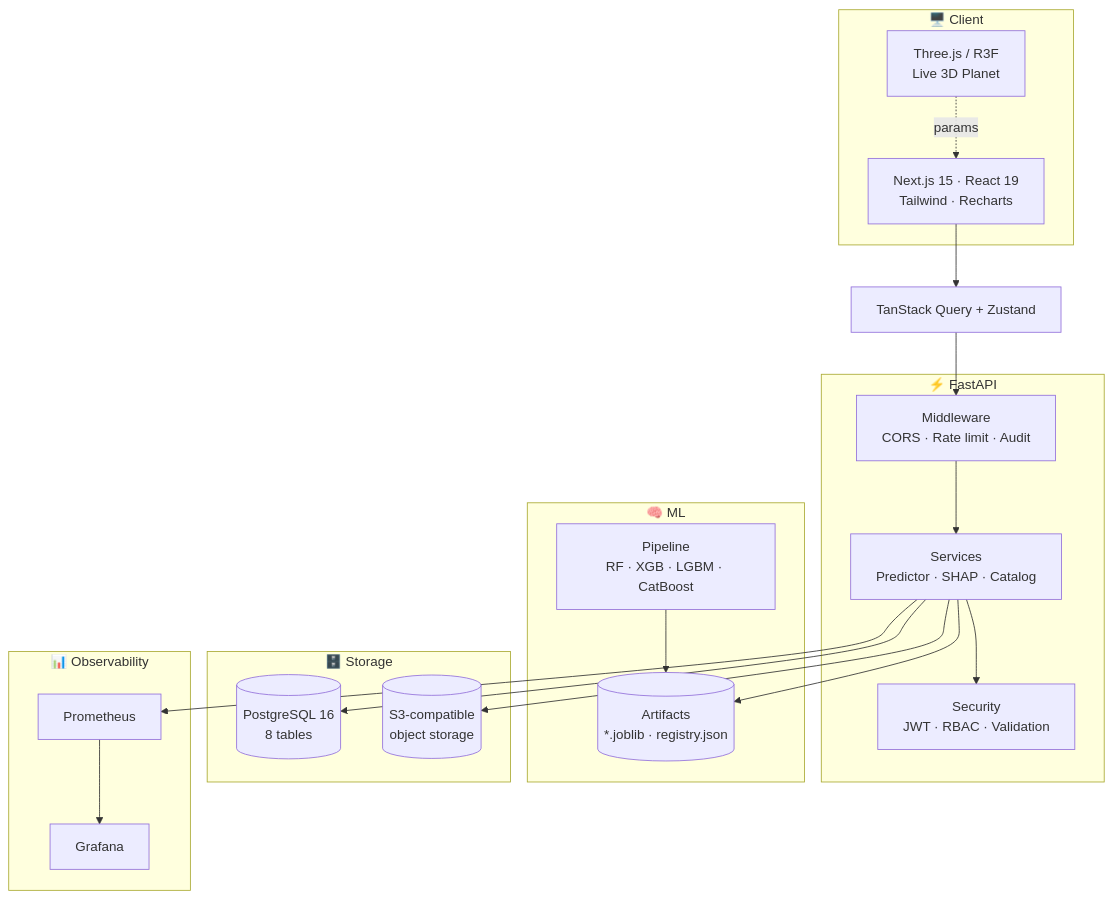
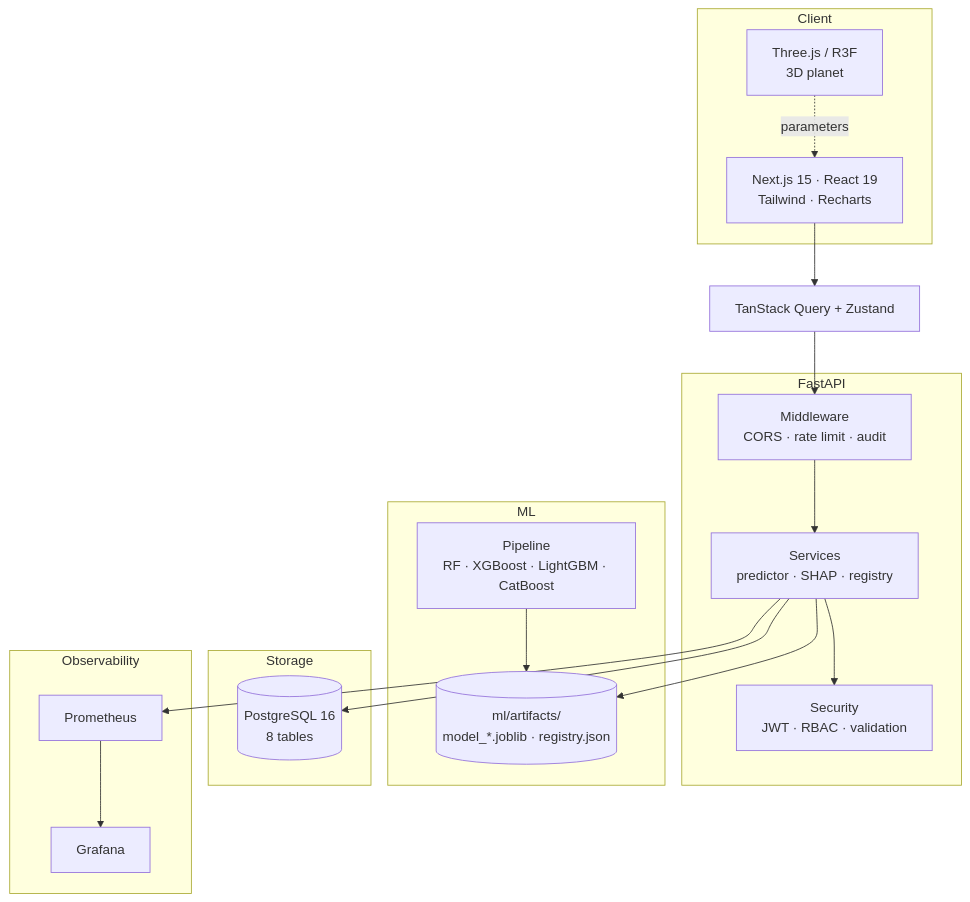
Before and after one commit to swadhinbiswas/AstroSynth: the first of 3 diagrams in README.md, drawn with Mermaid. The commit also changed other lines of this file and 46 other files, not shown here.

````diff
--- a/README.md
+++ b/README.md
@@ -137,32 +137,30 @@
 ```mermaid
 graph TB
-    subgraph Client["🖥️ Client"]
+    subgraph Client["Client"]
         UI["Next.js 15 · React 19<br/>Tailwind · Recharts"]
-        R3F["Three.js / R3F<br/>Live 3D Planet"]
+        R3F["Three.js / R3F<br/>3D planet"]
     end
-    subgraph API["⚡ FastAPI"]
-        MW["Middleware<br/>CORS · Rate limit · Audit"]
-        SVC["Services<br/>Predictor · SHAP · Catalog"]
-        SEC["Security<br/>JWT · RBAC · Validation"]
+    subgraph API["FastAPI"]
+        MW["Middleware<br/>CORS · rate limit · audit"]
+        SVC["Services<br/>predictor · SHAP · registry"]
+        SEC["Security<br/>JWT · RBAC · validation"]
     end
-    subgraph ML["🧠 ML"]
-        ART[("Artifacts<br/>*.joblib · registry.json")]
-        PIPE["Pipeline<br/>RF · XGB · LGBM · CatBoost"]
+    subgraph ML["ML"]
+        ART[("ml/artifacts/<br/>model_*.joblib · registry.json")]
+        PIPE["Pipeline<br/>RF · XGBoost · LightGBM · CatBoost"]
     end
-    subgraph Data["🗄️ Storage"]
+    subgraph Data["Storage"]
         PG[("PostgreSQL 16<br/>8 tables")]
-        OBJ[("S3-compatible<br/>object storage")]
     end
-    subgraph Ops["📊 Observability"]
+    subgraph Ops["Observability"]
         PROM["Prometheus"] --> GRAF["Grafana"]
     end
 
-    UI --> RQa["TanStack Query + Zustand"] --> MW --> SVC
-    R3F -.params.-> UI
+    UI --> RQ["TanStack Query + Zustand"] --> MW --> SVC
+    R3F -.parameters.-> UI
     SVC --> SEC
     SVC --> ART
     PIPE --> ART
     SVC --> PG
-    SVC --> OBJ
     SVC --> PROM
 ```
````
